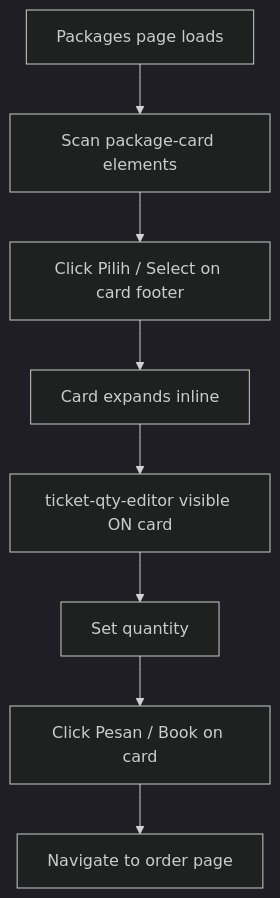
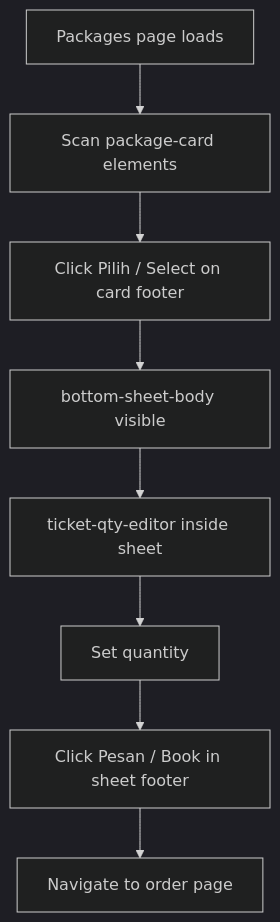
Before and after one commit to ericc-ch/tx: the first of 2 diagrams in docs/tiket-packages-flow.md, drawn with Mermaid (dark theme). The commit also changed other lines of this file and 13 other files, not shown here.

````diff
--- a/docs/tiket-packages-flow.md
+++ b/docs/tiket-packages-flow.md
@@ -43,10 +43,10 @@
 ```mermaid
 flowchart TD
   A[Packages page loads] --> B[Scan package-card elements]
   B --> C[Click Pilih / Select on card footer]
-  C --> D[Card expands inline]
-  D --> E[ticket-qty-editor visible ON card]
+  C --> D[bottom-sheet-body visible]
+  D --> E[ticket-qty-editor inside sheet]
   E --> F[Set quantity]
-  F --> G[Click Pesan / Book on card]
+  F --> G[Click Pesan / Book in sheet footer]
   G --> H[Navigate to order page]
 ```
````
